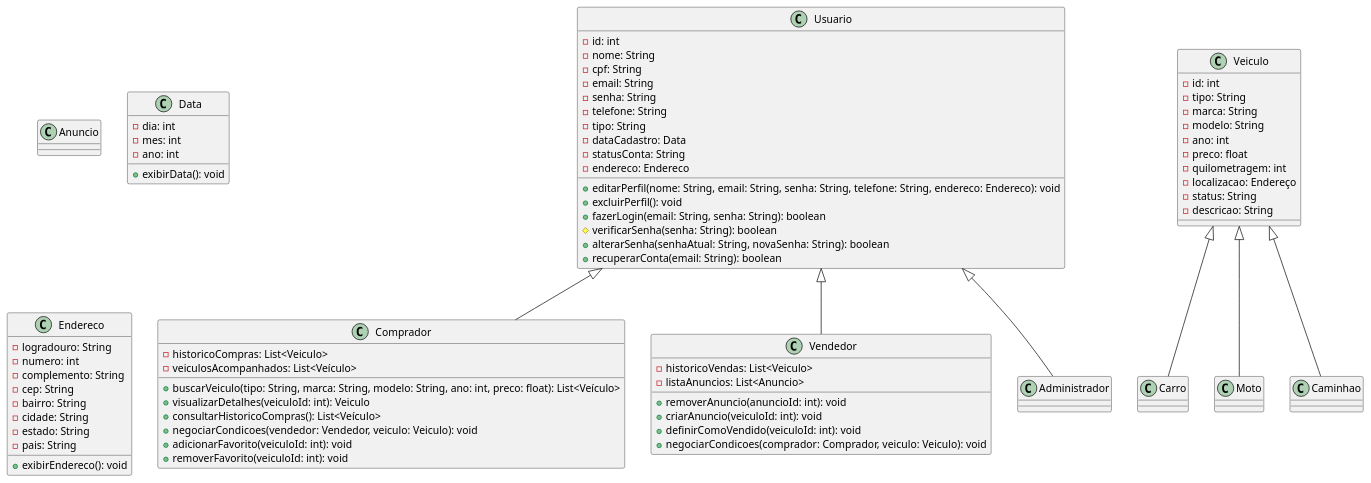
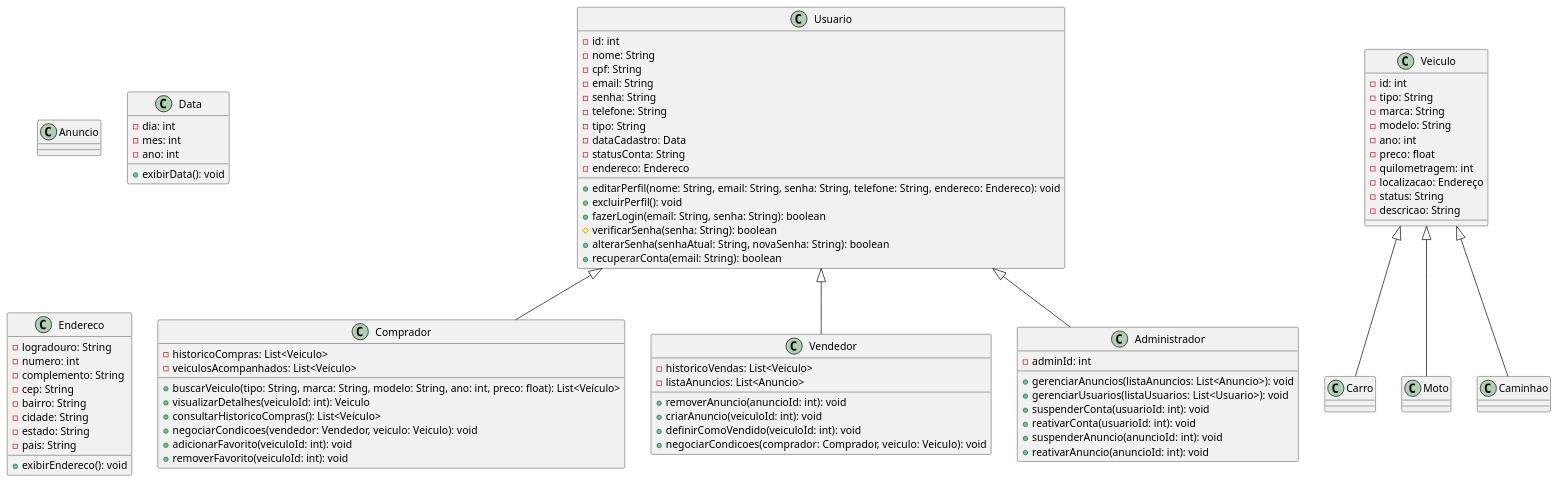
The diagram in classes.md (guilhermeoliveirateo/sistema-compra-venda-veiculos), drawn with PlantUML before and after one commit.

```diff
--- a/classes.md
+++ b/classes.md
@@ -53,7 +53,14 @@
 }
 
 class Administrador {
+-adminId: int
 
++gerenciarAnuncios(listaAnuncios: List<Anuncio>): void
++gerenciarUsuarios(listaUsuarios: List<Usuario>): void
++suspenderConta(usuarioId: int): void
++reativarConta(usuarioId: int): void
++suspenderAnuncio(anuncioId: int): void
++reativarAnuncio(anuncioId: int): void
 }
 
 Usuario <|-- Comprador
```
